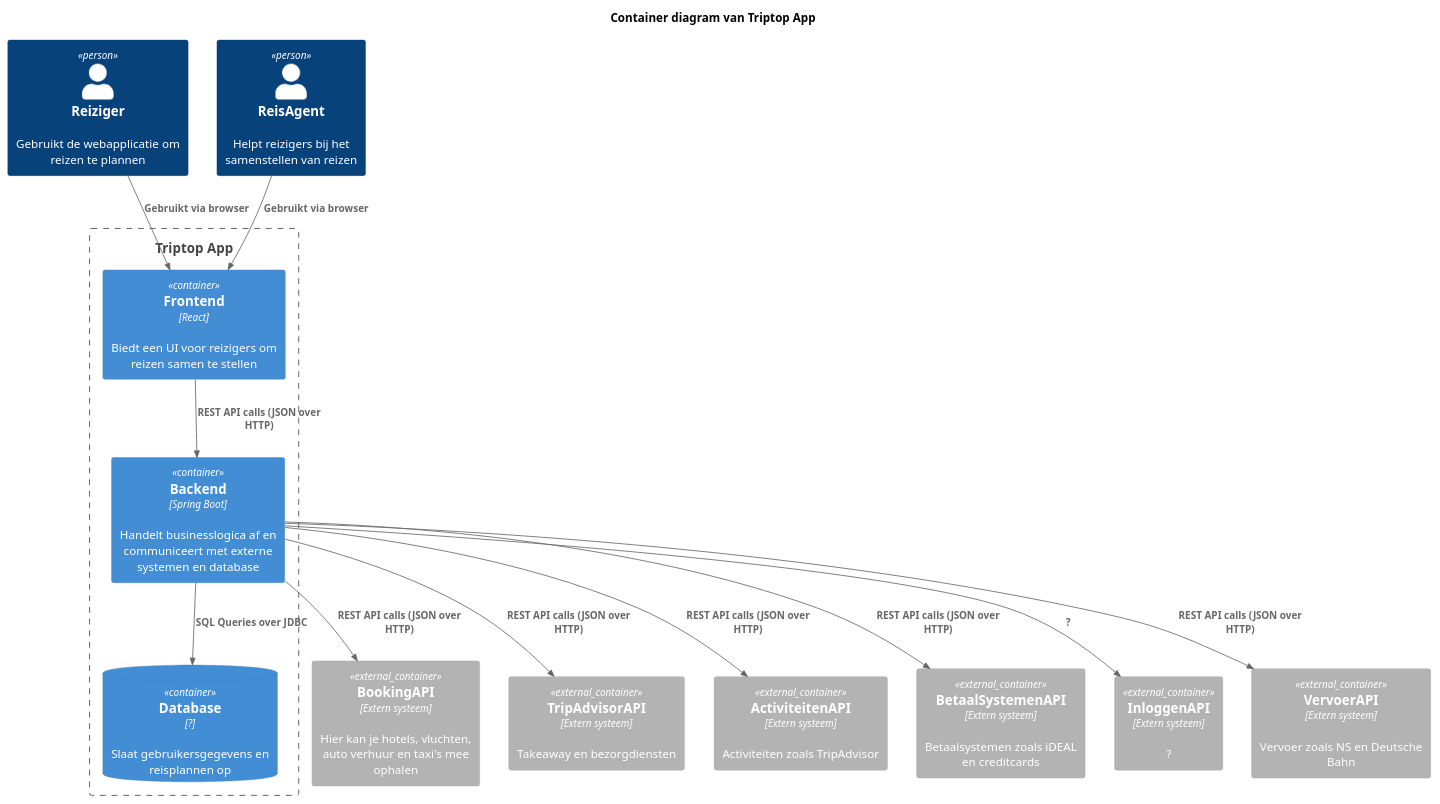
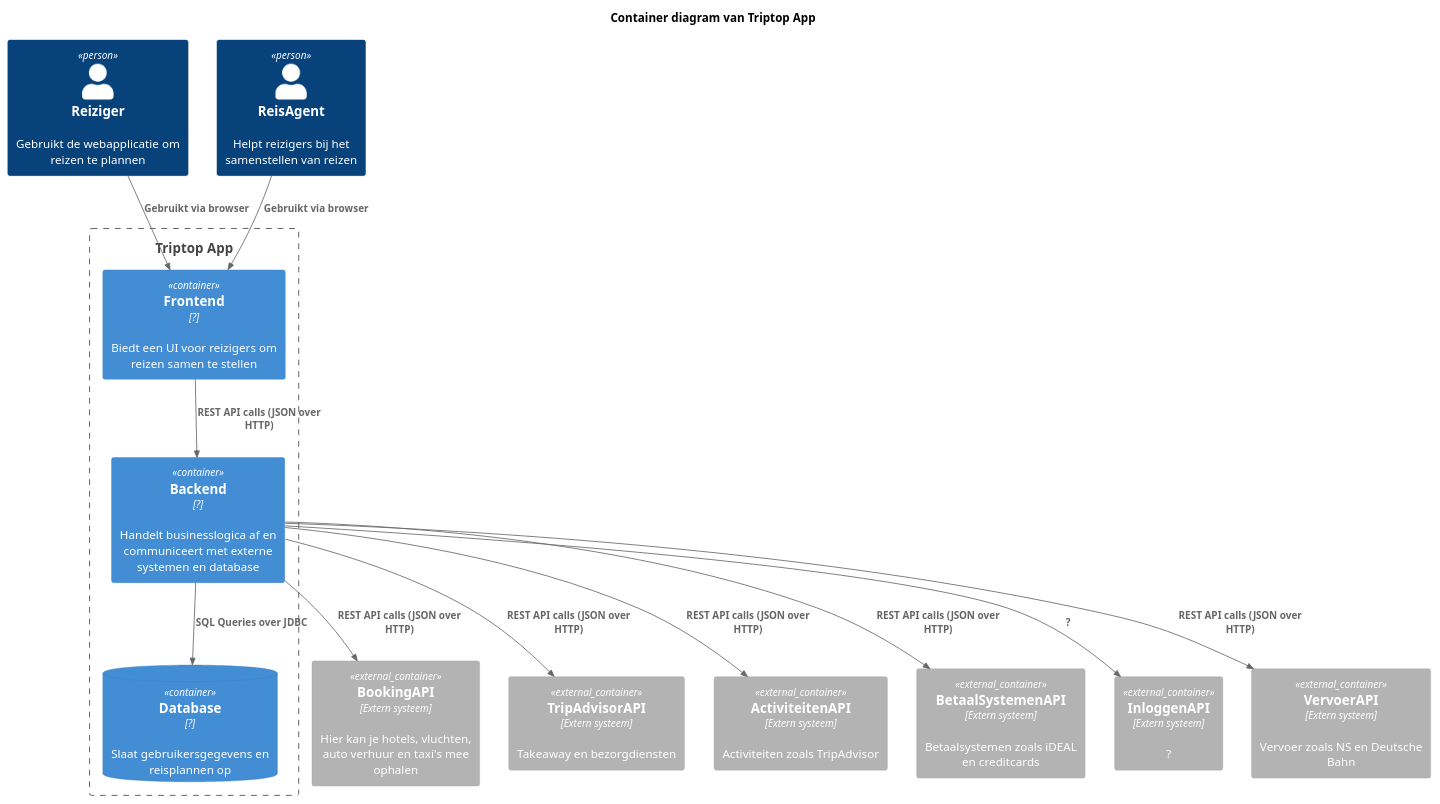
The diagram in taha/Containerdiagram/Containerdiagram_Taha.puml (AIM-ENE-feb25/triptop-peak-performers-groep-1), drawn with PlantUML before and after one commit.

Commit message:
container diagram change

```diff
--- a/taha/Containerdiagram/Containerdiagram_Taha.puml
+++ b/taha/Containerdiagram/Containerdiagram_Taha.puml
@@ -1,33 +1,33 @@
 @startuml
 !include <C4/C4_Container>
 
 title Container diagram van Triptop App
 
 Boundary(system, "Triptop App") {
     ContainerDb(db, "Database", "?", "Slaat gebruikersgegevens en reisplannen op")
-    Container(webapp, "Frontend", "React", "Biedt een UI voor reizigers om reizen samen te stellen")
-    Container(api, "Backend", "Spring Boot", "Handelt businesslogica af en communiceert met externe systemen en database")
+    Container(webapp, "Frontend", "?", "Biedt een UI voor reizigers om reizen samen te stellen")
+    Container(api, "Backend", "?", "Handelt businesslogica af en communiceert met externe systemen en database")
 }
 
 Person(Reiziger, "Reiziger", "Gebruikt de webapplicatie om reizen te plannen")
 Person(ReisAgent, "ReisAgent", "Helpt reizigers bij het samenstellen van reizen")
 
 Container_Ext(BookingAPI, "BookingAPI", "Extern systeem", "Hier kan je hotels, vluchten, auto verhuur en taxi's mee ophalen")
 Container_Ext(TripAdvisorAPI, "TripAdvisorAPI", "Extern systeem", "Takeaway en bezorgdiensten")
 Container_Ext(ActiviteitenAPI, "ActiviteitenAPI", "Extern systeem", "Activiteiten zoals TripAdvisor")
 Container_Ext(BetaalSystemenAPI, "BetaalSystemenAPI", "Extern systeem", "Betaalsystemen zoals iDEAL en creditcards")
 Container_Ext(InloggenAPI, "InloggenAPI", "Extern systeem", "?")
 Container_Ext(VervoerAPI, "VervoerAPI", "Extern systeem", "Vervoer zoals NS en Deutsche Bahn")
 
 Rel(Reiziger, webapp, "Gebruikt via browser")
 Rel(ReisAgent, webapp, "Gebruikt via browser")
 Rel(api, db, "SQL Queries over JDBC")
 Rel(webapp, api, "REST API calls (JSON over HTTP)")
 Rel(api, BookingAPI, "REST API calls (JSON over HTTP)")
 Rel(api, TripAdvisorAPI, "REST API calls (JSON over HTTP)")
 Rel(api, ActiviteitenAPI, "REST API calls (JSON over HTTP)")
 Rel(api, BetaalSystemenAPI, "REST API calls (JSON over HTTP)")
 Rel(api, InloggenAPI, "?")
 Rel(api, VervoerAPI, "REST API calls (JSON over HTTP)")
 
 @enduml
```
